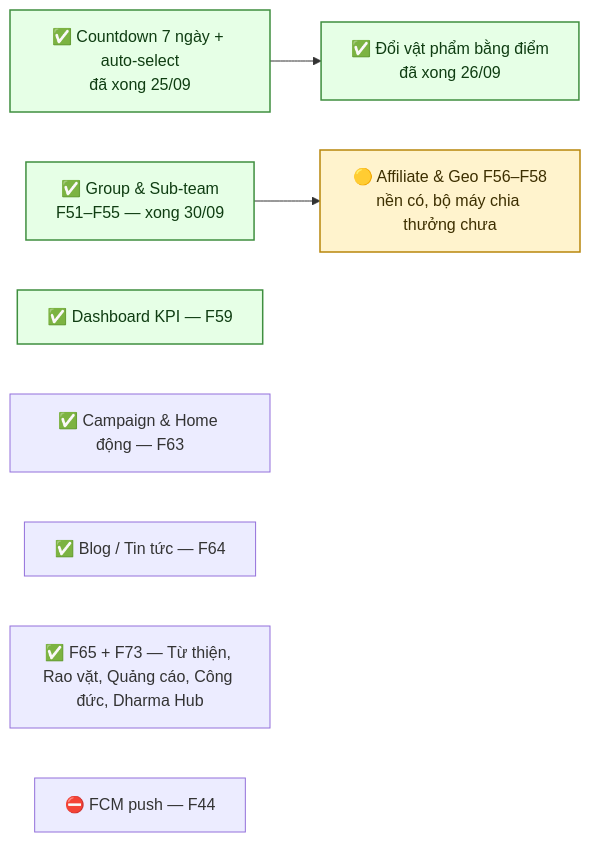
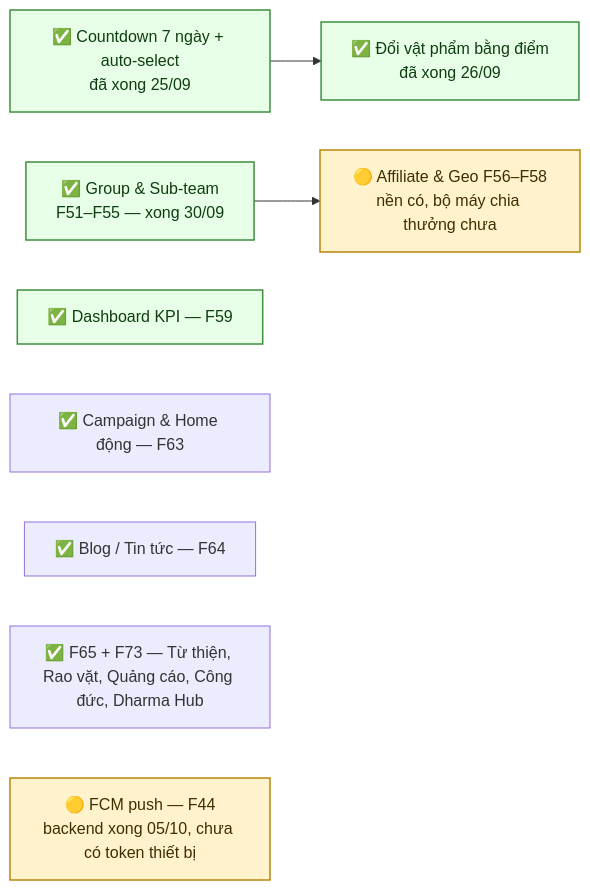
Before and after one commit to fdshn/trueheart: the diagram in docs/diagram/21-open-issues.md, drawn with Mermaid. The commit also changed other lines of this file and 7 other files, not shown here.

````diff
--- a/docs/diagram/21-open-issues.md
+++ b/docs/diagram/21-open-issues.md
@@ -128,16 +128,17 @@
 ```mermaid
 flowchart LR
     A["✅ Countdown 7 ngày + auto-select<br/>đã xong 25/09"] --> B["✅ Đổi vật phẩm bằng điểm<br/>đã xong 26/09"]
     C["✅ Group & Sub-team<br/>F51–F55 — xong 30/09"] --> D["🟡 Affiliate & Geo F56–F58<br/>nền có, bộ máy chia thưởng chưa"]
     E["✅ Dashboard KPI — F59"]
     F["✅ Campaign & Home động — F63"]
     G["✅ Blog / Tin tức — F64"]
     H["✅ F65 + F73 — Từ thiện, Rao vặt, Quảng cáo, Công đức, Dharma Hub"]
-    I["⛔ FCM push — F44"]
+    I["🟡 FCM push — F44<br/>backend xong 05/10, chưa có token thiết bị"]
 
     style A fill:#e6ffe6,stroke:#3f8f3f,stroke-width:1.5px,color:#0f3d12
     style B fill:#e6ffe6,stroke:#3f8f3f,stroke-width:1.5px,color:#0f3d12
     style C fill:#e6ffe6,stroke:#3f8f3f,stroke-width:1.5px,color:#0f3d12
     style E fill:#e6ffe6,stroke:#3f8f3f,stroke-width:1.5px,color:#0f3d12
     style D fill:#fff3cd,stroke:#b8860b,stroke-width:1.5px,color:#3d2f00
+    style I fill:#fff3cd,stroke:#b8860b,stroke-width:1.5px,color:#3d2f00
 ```
````
